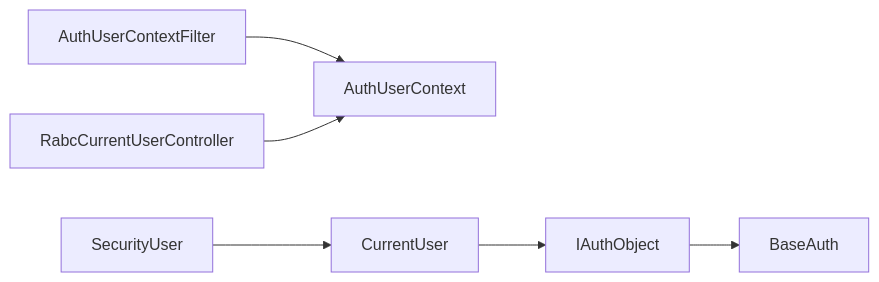
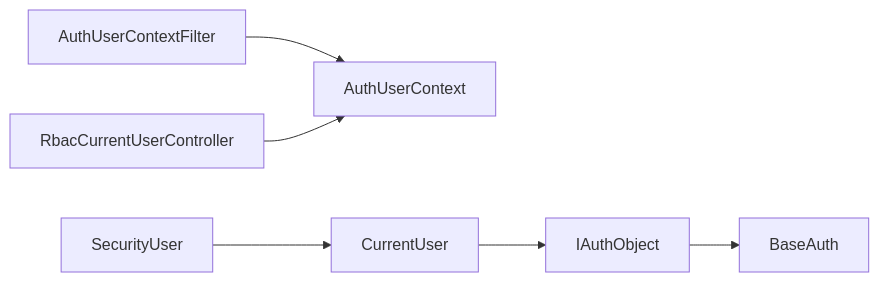
Before and after one commit to LiukewenSC/kewen-framework: the fifth of 5 diagrams in .qoder/repowiki/zh/content/权限系统 (qy-auth)/权限核心 (auth-core)/用户上下文管理 (AuthUserContext).md, drawn with Mermaid. The commit also changed other lines of this file and 764 other files, not shown here.

````diff
--- a/.qoder/repowiki/zh/content/权限系统 (qy-auth)/权限核心 (auth-core)/用户上下文管理 (AuthUserContext).md
+++ b/.qoder/repowiki/zh/content/权限系统 (qy-auth)/权限核心 (auth-core)/用户上下文管理 (AuthUserContext).md
@@ -263,8 +263,8 @@
 ```mermaid
 graph LR
 AUCF["AuthUserContextFilter"] --> AUC["AuthUserContext"]
 SU["SecurityUser"] --> CU["CurrentUser"]
 CU --> IAO["IAuthObject"]
 IAO --> BA["BaseAuth"]
-RCUC["RabcCurrentUserController"] --> AUC
+RCUC["RbacCurrentUserController"] --> AUC
 ```
````
